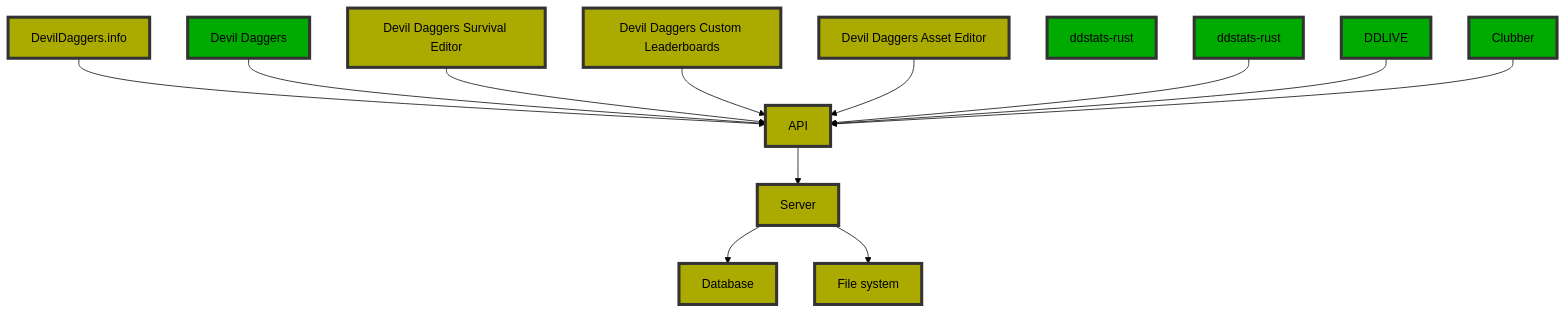
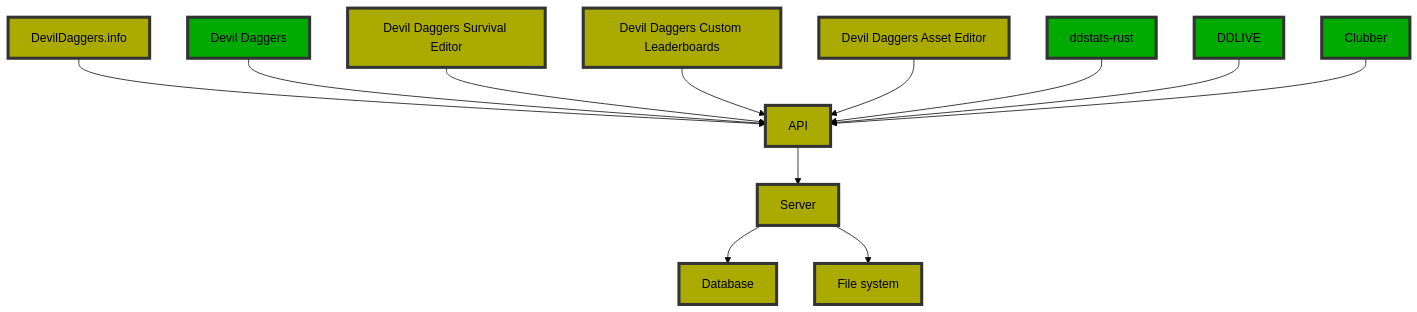
Before and after one commit to NoahStolk/ddinfo-web: the second of 2 diagrams in docs/architecture.md, drawn with Mermaid (forest theme).

````diff
--- a/docs/architecture.md
+++ b/docs/architecture.md
@@ -92,35 +92,36 @@
 ```mermaid
 flowchart TD;
 
     database[Database]
     filesystem[File system]
     server[Server]
     api[API]
 	devildaggersinfo[DevilDaggers.info]
     devildaggers[Devil Daggers]
     ddse[Devil Daggers Survival Editor]
     ddcl[Devil Daggers Custom Leaderboards]
     ddae[Devil Daggers Asset Editor]
     ddstatsrust[ddstats-rust]
     ddlive[DDLIVE]
     clubber[Clubber]
 	
 	class database,filesystem,server,api,devildaggersinfo,ddse,ddcl,ddae ddinfo;
+	class devildaggers,ddstatsrust,ddlive,clubber external;
 
     classDef ddinfo fill:#aa0,stroke:#333,stroke-width:4px;
-    classDef default fill:#0a0,stroke:#333,stroke-width:4px;
+    classDef external fill:#0a0,stroke:#333,stroke-width:4px;
 	
 	server --> database
 	server --> filesystem
 
 	api --> server
 
 	devildaggersinfo --> api
 	devildaggers --> api
 	ddse --> api
 	ddcl --> api
 	ddae --> api
-	ddstats-rust --> api
+	ddstatsrust --> api
 	ddlive --> api
 	clubber --> api
 ```
````
